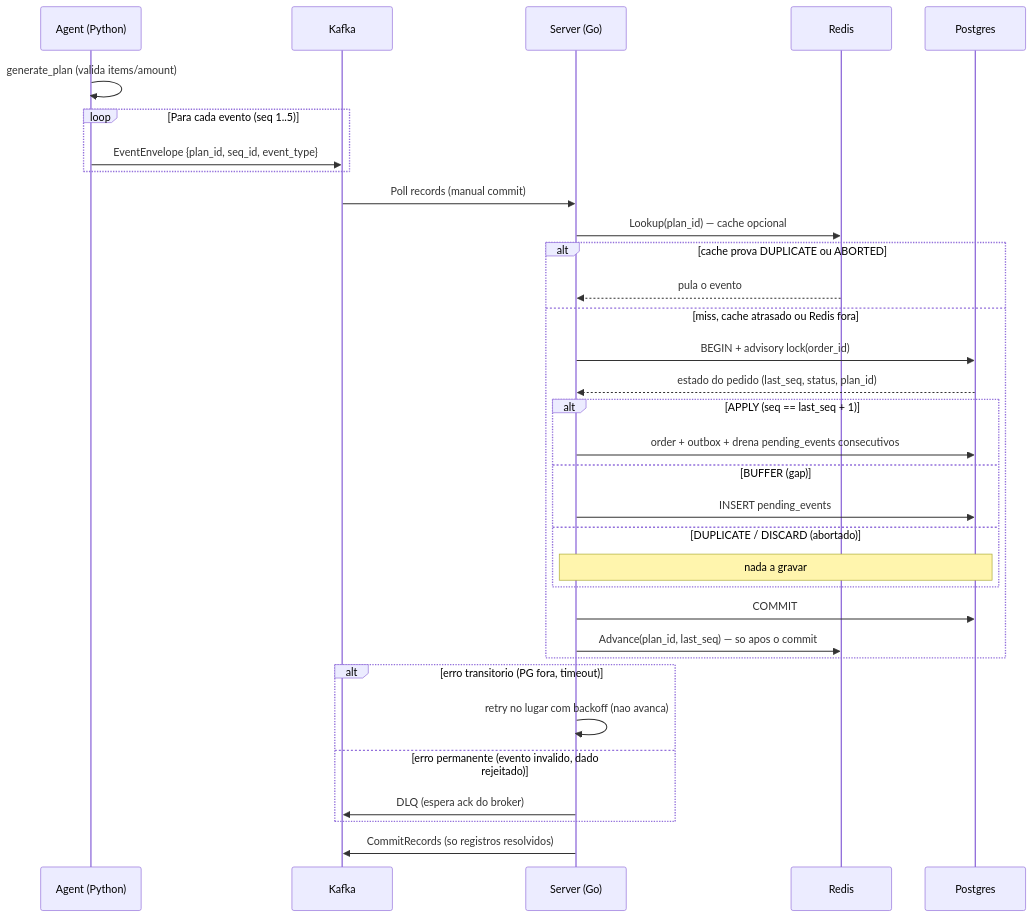
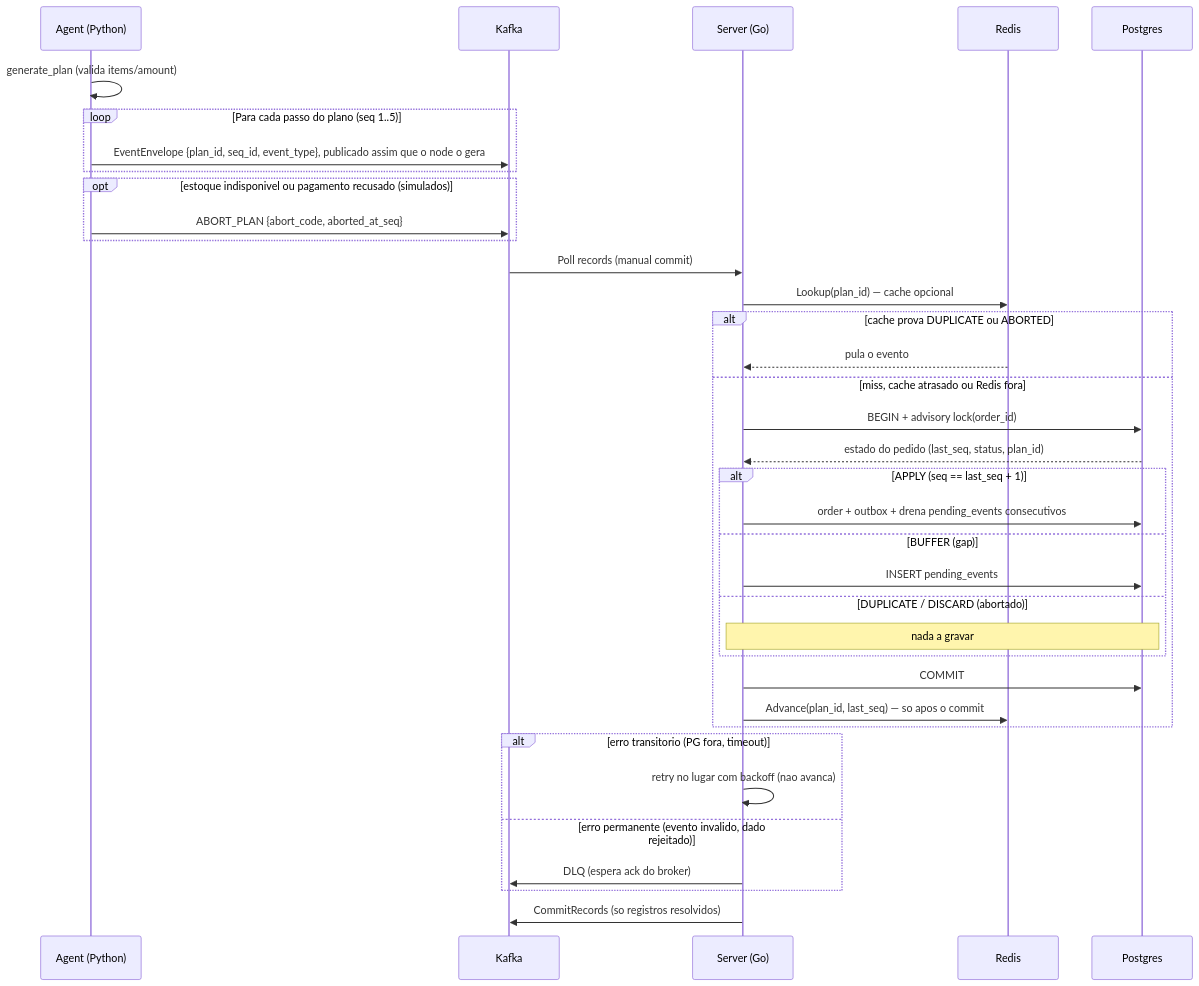
Before and after one commit to deboracastrodev/distribuid-system-simulator: the second of 2 diagrams in README.md, drawn with Mermaid. The commit also changed other lines of this file and 19 other files, not shown here.

First line of the commit message:
Agent simula falhas de estoque e pagamento

````diff
--- a/README.md
+++ b/README.md
@@ -24,38 +24,41 @@
 ```mermaid
 sequenceDiagram
     participant Agent as Agent (Python)
     participant Kafka
     participant Server as Server (Go)
     participant Redis
     participant Postgres
 
     Agent->>Agent: generate_plan (valida items/amount)
-    loop Para cada evento (seq 1..5)
-        Agent->>Kafka: EventEnvelope {plan_id, seq_id, event_type}
+    loop Para cada passo do plano (seq 1..5)
+        Agent->>Kafka: EventEnvelope {plan_id, seq_id, event_type}, publicado assim que o node o gera
+    end
+    opt estoque indisponivel ou pagamento recusado (simulados)
+        Agent->>Kafka: ABORT_PLAN {abort_code, aborted_at_seq}
     end
 
     Kafka->>Server: Poll records (manual commit)
     Server->>Redis: Lookup(plan_id) — cache opcional
     alt cache prova DUPLICATE ou ABORTED
         Redis-->>Server: pula o evento
     else miss, cache atrasado ou Redis fora
         Server->>Postgres: BEGIN + advisory lock(order_id)
         Postgres-->>Server: estado do pedido (last_seq, status, plan_id)
         alt APPLY (seq == last_seq + 1)
             Server->>Postgres: order + outbox + drena pending_events consecutivos
         else BUFFER (gap)
             Server->>Postgres: INSERT pending_events
         else DUPLICATE / DISCARD (abortado)
             Note over Server,Postgres: nada a gravar
         end
         Server->>Postgres: COMMIT
         Server->>Redis: Advance(plan_id, last_seq) — so apos o commit
     end
 
     alt erro transitorio (PG fora, timeout)
         Server->>Server: retry no lugar com backoff (nao avanca)
     else erro permanente (evento invalido, dado rejeitado)
         Server->>Kafka: DLQ (espera ack do broker)
     end
     Server->>Kafka: CommitRecords (so registros resolvidos)
 ```
````
